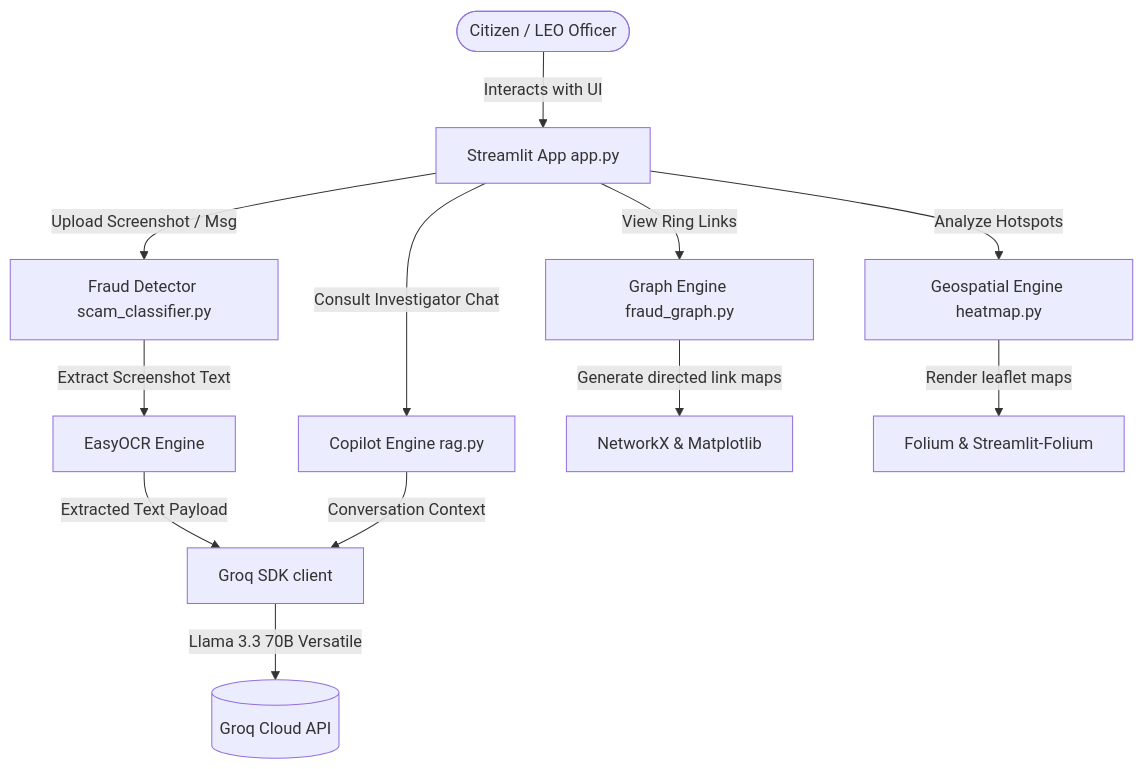
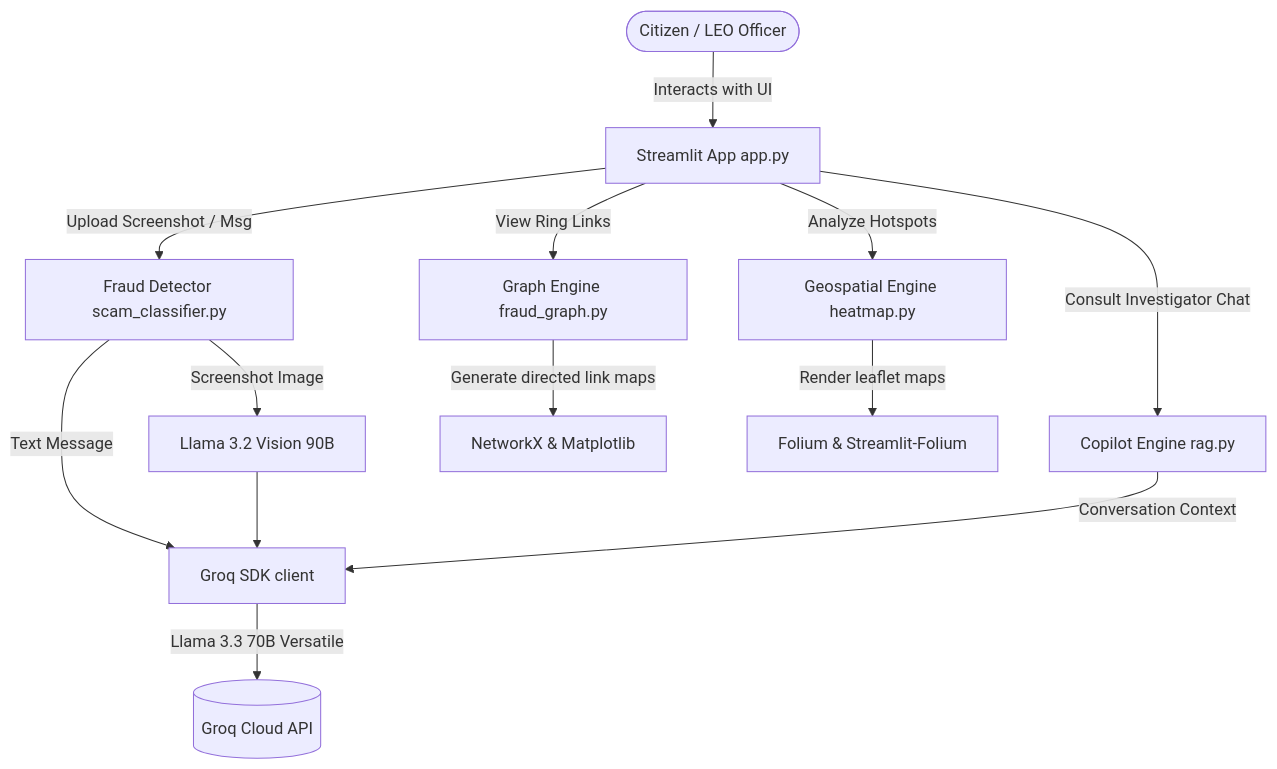
The diagram in README.md (Vanshika-k12/SentinelAi), drawn with Mermaid before and after one commit. The commit also changed other lines of this file, not shown here.

````diff
--- a/README.md
+++ b/README.md
@@ -41,20 +41,21 @@
 ```mermaid
 graph TD
     %% Users
     User([Citizen / LEO Officer]) -->|Interacts with UI| StreamlitApp[Streamlit App app.py]
     
     %% Dashboard Modules Routing
     StreamlitApp -->|Upload Screenshot / Msg| FraudDetector[Fraud Detector scam_classifier.py]
     StreamlitApp -->|View Ring Links| GraphEngine[Graph Engine fraud_graph.py]
     StreamlitApp -->|Analyze Hotspots| GeoEngine[Geospatial Engine heatmap.py]
     StreamlitApp -->|Consult Investigator Chat| CopilotEngine[Copilot Engine rag.py]
     
     %% Module Internal Processing & External APIs
-    FraudDetector -->|Extract Screenshot Text| OCR[EasyOCR Engine]
-    OCR -->|Extracted Text Payload| GroqAPI[Groq SDK client]
+    FraudDetector -->|Text Message| GroqAPI[Groq SDK client]
+FraudDetector -->|Screenshot Image| VisionAPI[Llama 3.2 Vision 90B]
+VisionAPI --> GroqAPI
     CopilotEngine -->|Conversation Context| GroqAPI
     
     GroqAPI -->|Llama 3.3 70B Versatile| LLMServer[(Groq Cloud API)]
     GraphEngine -->|Generate directed link maps| NetworkX[NetworkX & Matplotlib]
     GeoEngine -->|Render leaflet maps| Folium[Folium & Streamlit-Folium]
 ```
````
